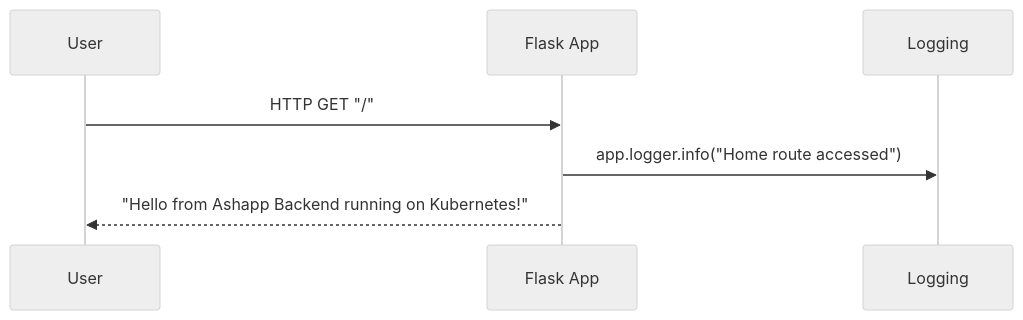
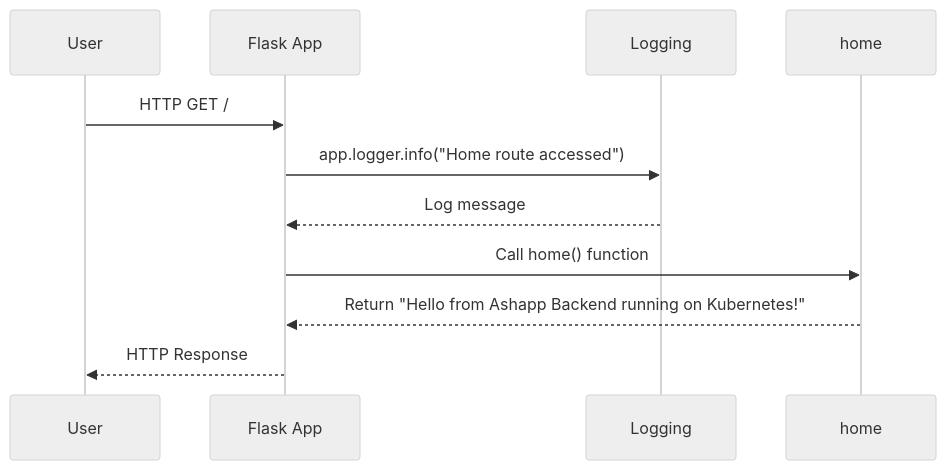
Before and after one commit to ashwanth01-pixel/flaskapp: the third of 3 diagrams in DESIGN.md, drawn with Mermaid (neutral theme). The commit also changed other lines of this file and 2 other files, not shown here.

Commit message:
Automated: Add repo analysis, fixes, UML, and design diagram

````diff
--- a/DESIGN.md
+++ b/DESIGN.md
@@ -53,10 +56,13 @@
 ```mermaid
 sequenceDiagram
     participant User
     participant Flask App
     participant Logging
 
-    User->>Flask App: HTTP GET "/"
+    User->>Flask App: HTTP GET /
     Flask App->>Logging: app.logger.info("Home route accessed")
-    Flask App-->>User: "Hello from Ashapp Backend running on Kubernetes!"
+    Logging-->>Flask App: Log message
+    Flask App->>home: Call home() function
+    home-->>Flask App: Return "Hello from Ashapp Backend running on Kubernetes!"
+    Flask App-->>User: HTTP Response
 ```
````
